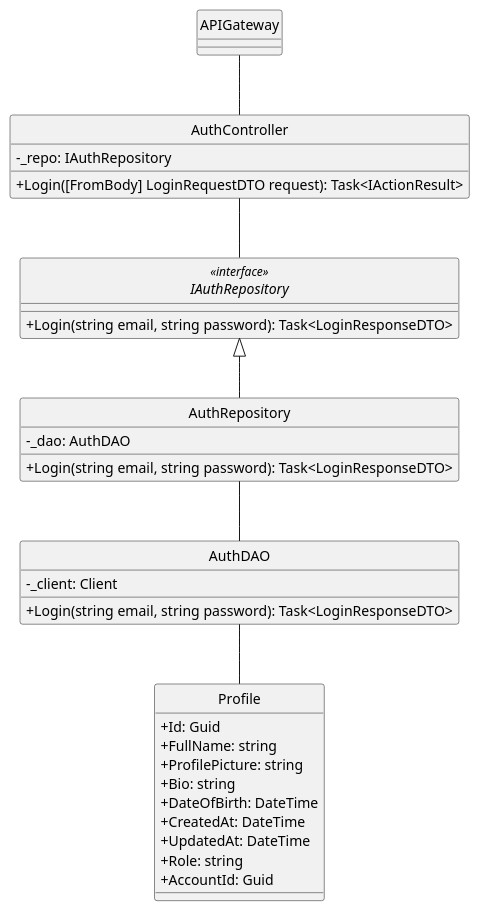
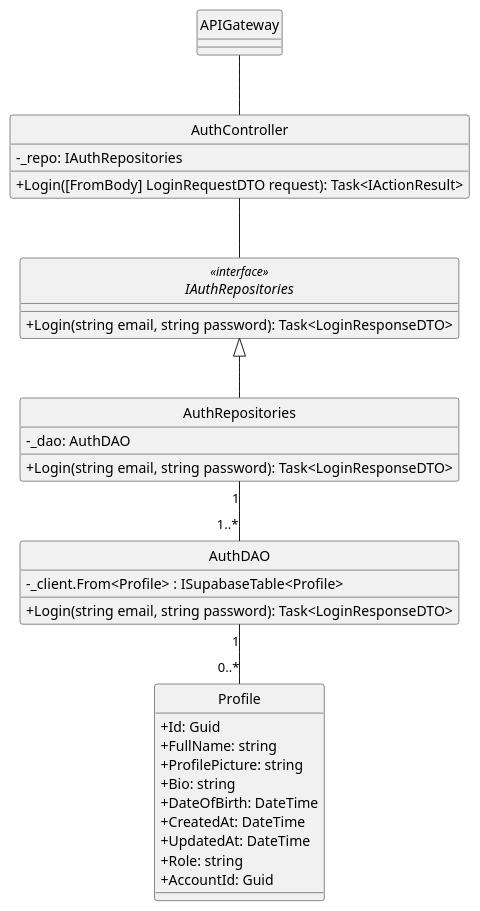
The diagram in docs/ClassDiagram/Authtentication/Login/Login.plantuml (minhnhut23/FPT-OBOMS), drawn with PlantUML before and after one commit. The commit also changed 9 other files, not shown here.

Commit message:
edit diagram auth and user

```diff
--- a/docs/ClassDiagram/Authtentication/Login/Login.plantuml
+++ b/docs/ClassDiagram/Authtentication/Login/Login.plantuml
@@ -1,49 +1,49 @@
 @startuml 
 hide circle
 skinparam classAttributeIconSize 0
 skinparam linetype ortho
 
 class APIGateway {
 }
 
 class AuthController {
-    - _repo: IAuthRepository
+    - _repo: IAuthRepositories
     + Login([FromBody] LoginRequestDTO request): Task<IActionResult> 
 }
 
-interface IAuthRepository<<interface>> {
+interface IAuthRepositories<<interface>> {
     + Login(string email, string password): Task<LoginResponseDTO>
 }
 
-class AuthRepository {
+class AuthRepositories {
     - _dao: AuthDAO
     + Login(string email, string password): Task<LoginResponseDTO>
 }
 
 class AuthDAO {
-    - _client: Client
+    - _client.From<Profile> : ISupabaseTable<Profile>
     + Login(string email, string password): Task<LoginResponseDTO>
 }
 
 class Profile {
     + Id: Guid
     + FullName: string
     + ProfilePicture: string
     + Bio: string
     + DateOfBirth: DateTime
     + CreatedAt: DateTime
     + UpdatedAt: DateTime
     + Role: string
     + AccountId: Guid
 }
 
 APIGateway -- AuthController
 
-AuthController -- IAuthRepository
+AuthController -- IAuthRepositories
 
-IAuthRepository <|-- AuthRepository
+IAuthRepositories <|-- AuthRepositories
 
-AuthRepository -- AuthDAO
+AuthRepositories "1" -- "1..*" AuthDAO
 
-AuthDAO -- Profile
+AuthDAO "1"--"0..*" Profile
 @enduml
```
